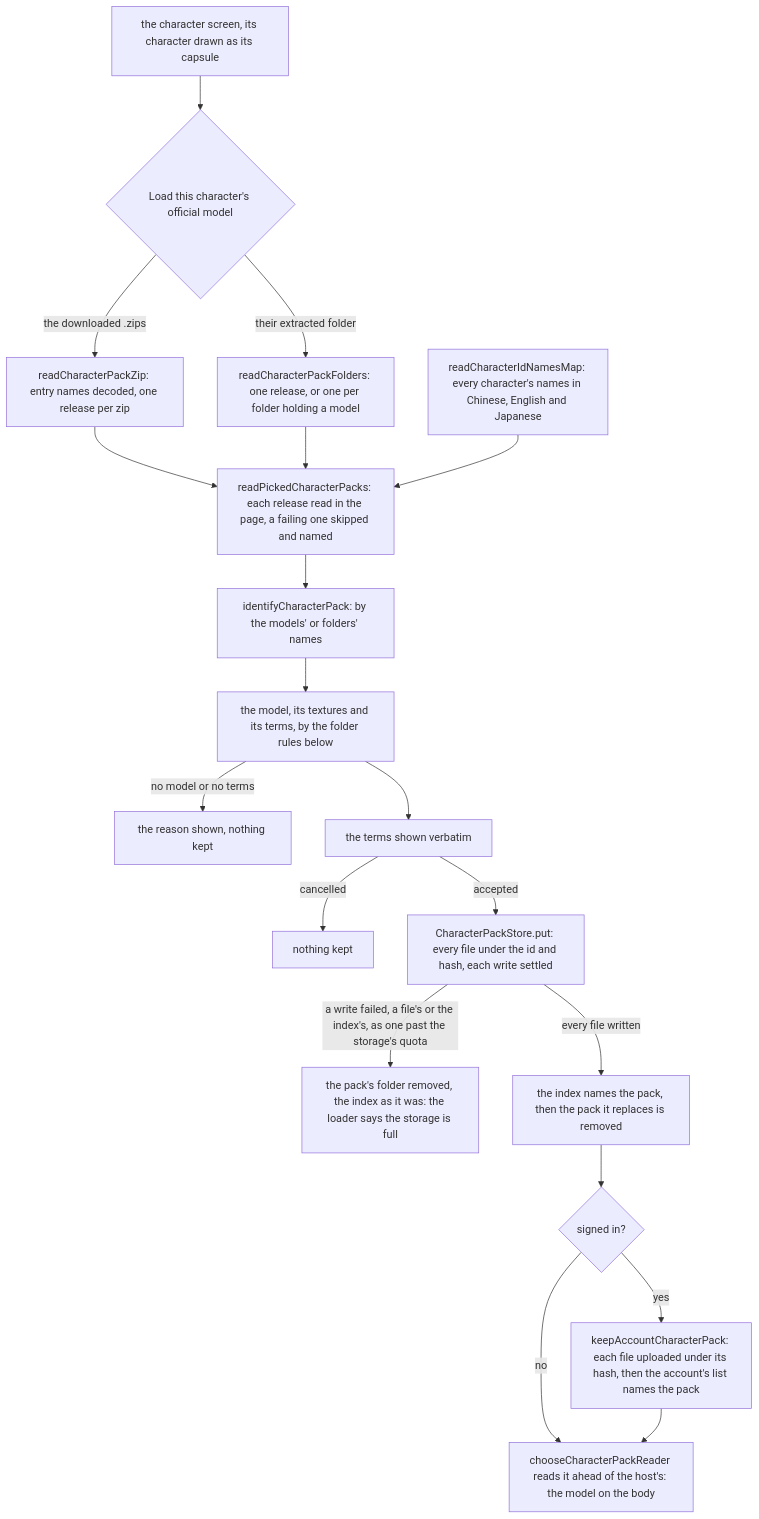
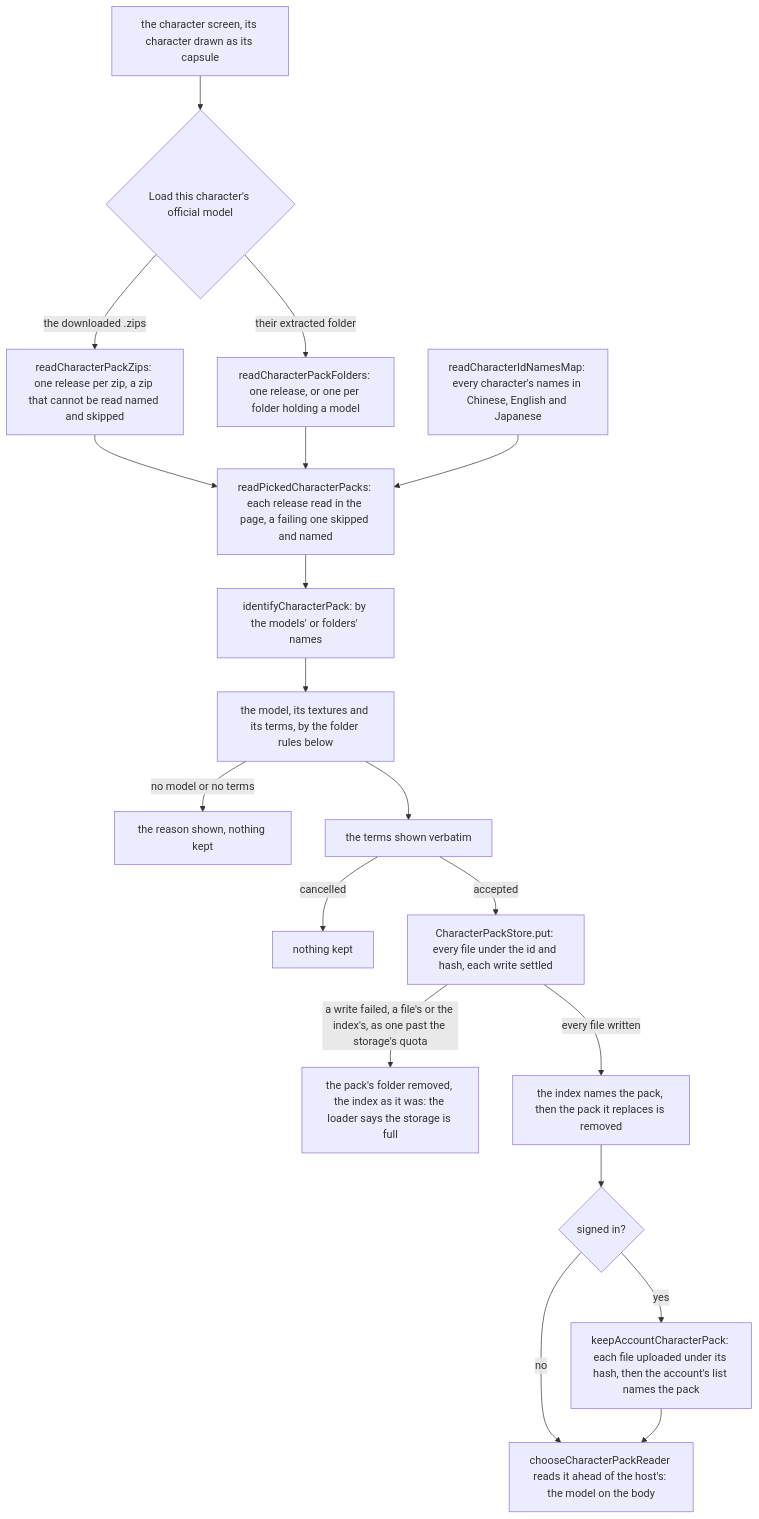
The first of 2 diagrams in apps/web/content/docs/genshin/characters/player-packs.md (Esposter/Esposter), drawn with Mermaid before and after one commit. The commit also changed other lines of this file and 3 other files, not shown here.

First line of the commit message:
fix(genshin-world): a zip that cannot be read is named and skipped, not abort the pick

````diff
--- a/apps/web/content/docs/genshin/characters/player-packs.md
+++ b/apps/web/content/docs/genshin/characters/player-packs.md
@@ -12,21 +12,21 @@
 ```mermaid
 flowchart TD
   OPEN["the character screen, its character drawn as its capsule"] --> PICK{"Load this character's official model"}
-  PICK -->|"the downloaded .zips"| ZIP["readCharacterPackZip: entry names decoded, one release per zip"]
+  PICK -->|"the downloaded .zips"| ZIP["readCharacterPackZips: one release per zip, a zip that cannot be read named and skipped"]
   PICK -->|"their extracted folder"| FOLDER["readCharacterPackFolders: one release, or one per folder holding a model"]
   ZIP --> READ["readPickedCharacterPacks: each release read in the page, a failing one skipped and named"]
   FOLDER --> READ
   NAMES["readCharacterIdNamesMap: every character's names in Chinese, English and Japanese"] --> READ
   READ --> WHO["identifyCharacterPack: by the models' or folders' names"]
   WHO --> RULES["the model, its textures and its terms, by the folder rules below"]
   RULES -->|"no model or no terms"| REFUSED["the reason shown, nothing kept"]
   RULES --> TERMS["the terms shown verbatim"]
   TERMS -->|cancelled| DROPPED["nothing kept"]
   TERMS -->|accepted| PUT["CharacterPackStore.put: every file under the id and hash, each write settled"]
   PUT -->|"a write failed, a file's or the index's, as one past the storage's quota"| UNKEPT["the pack's folder removed, the index as it was: the loader says the storage is full"]
   PUT -->|"every file written"| INDEXED["the index names the pack, then the pack it replaces is removed"]
   INDEXED --> SIGNED{"signed in?"}
   SIGNED -->|no| DRAW["chooseCharacterPackReader reads it ahead of the host's: the model on the body"]
   SIGNED -->|yes| KEEP["keepAccountCharacterPack: each file uploaded under its hash, then the account's list names the pack"]
   KEEP --> DRAW
 ```
````
